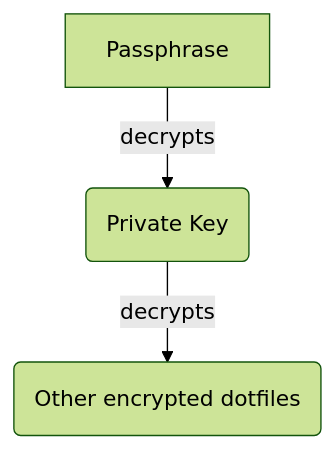
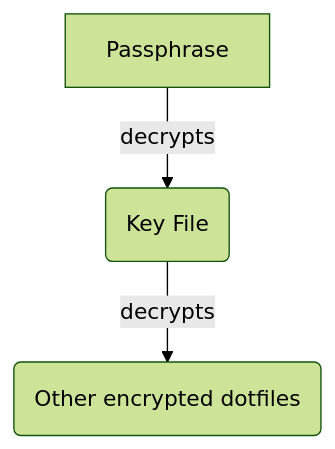
The diagram in data/README.md (t-mart/dotfiles), drawn with Mermaid (forest theme) before and after one commit. The commit also changed other lines of this file and 17 other files, not shown here.

````diff
--- a/data/README.md
+++ b/data/README.md
@@ -14,6 +14,6 @@
 ```mermaid
 flowchart TD
-    A[Passphrase] -->|decrypts| B(Private Key)
+    A[Passphrase] -->|decrypts| B(Key File)
     B --> |decrypts| C(Other encrypted dotfiles)
 
 ```
````
